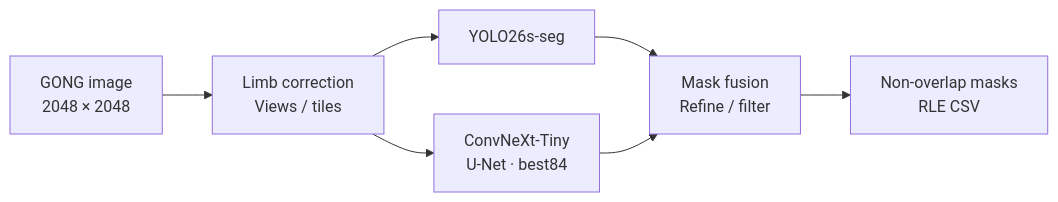
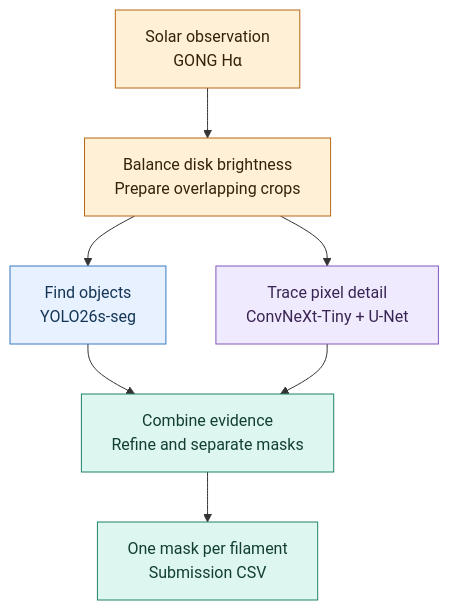
Before and after one commit to ikjoo5/solar_filament: the first of 2 diagrams in README.md, drawn with Mermaid. The commit also changed other lines of this file and 9 other files, not shown here.

Commit message:
Make README a visual introduction to solar filament segmentation

````diff
--- a/README.md
+++ b/README.md
@@ -19,9 +31,17 @@
 ```mermaid
-flowchart LR
-    A["GONG image<br/>2048 × 2048"] --> B["Limb correction<br/>Views / tiles"]
-    B --> Y["YOLO26s-seg"]
-    B --> N["ConvNeXt-Tiny<br/>U-Net · best84"]
-    Y --> M["Mask fusion<br/>Refine / filter"]
-    N --> M
-    M --> R["Non-overlap masks<br/>RLE CSV"]
+flowchart TD
+    A["Solar observation<br/>GONG Hα"] --> B["Balance disk brightness<br/>Prepare overlapping crops"]
+    B --> Y["Find objects<br/>YOLO26s-seg"]
+    B --> U["Trace pixel detail<br/>ConvNeXt-Tiny + U-Net"]
+    Y --> F["Combine evidence<br/>Refine and separate masks"]
+    U --> F
+    F --> O["One mask per filament<br/>Submission CSV"]
+    classDef input fill:#fff0d6,stroke:#b56916,color:#33220c
+    classDef detector fill:#e7f1ff,stroke:#397ac0,color:#143555
+    classDef segmenter fill:#f0eaff,stroke:#8058bb,color:#392552
+    classDef result fill:#ddf6ef,stroke:#23816c,color:#123e34
+    class A,B input
+    class Y detector
+    class U segmenter
+    class F,O result
 ```
````
